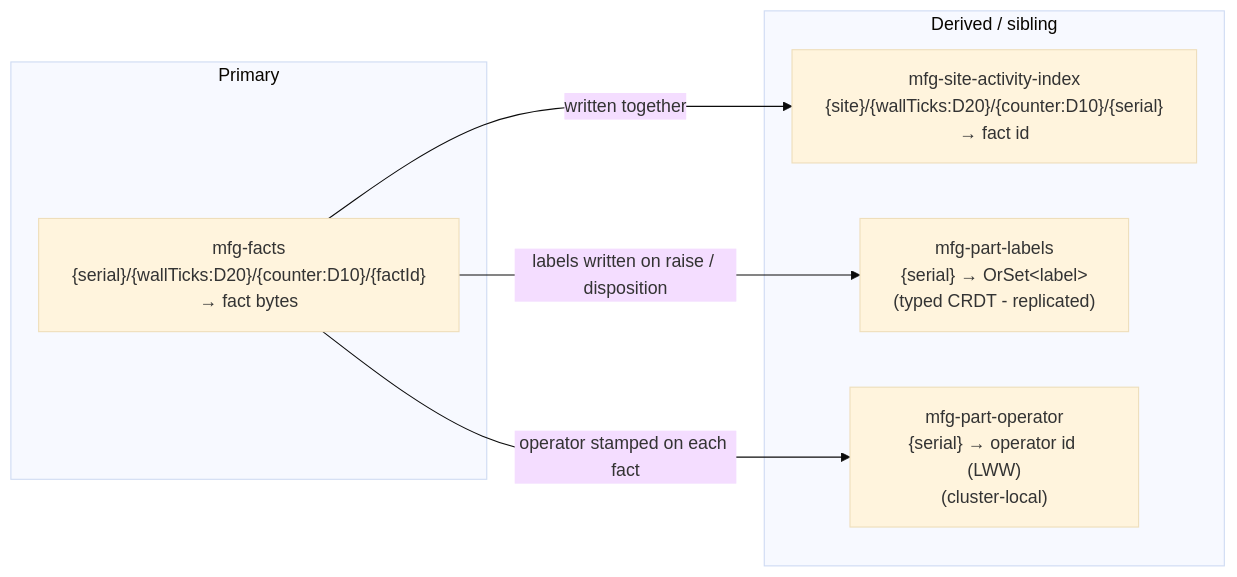
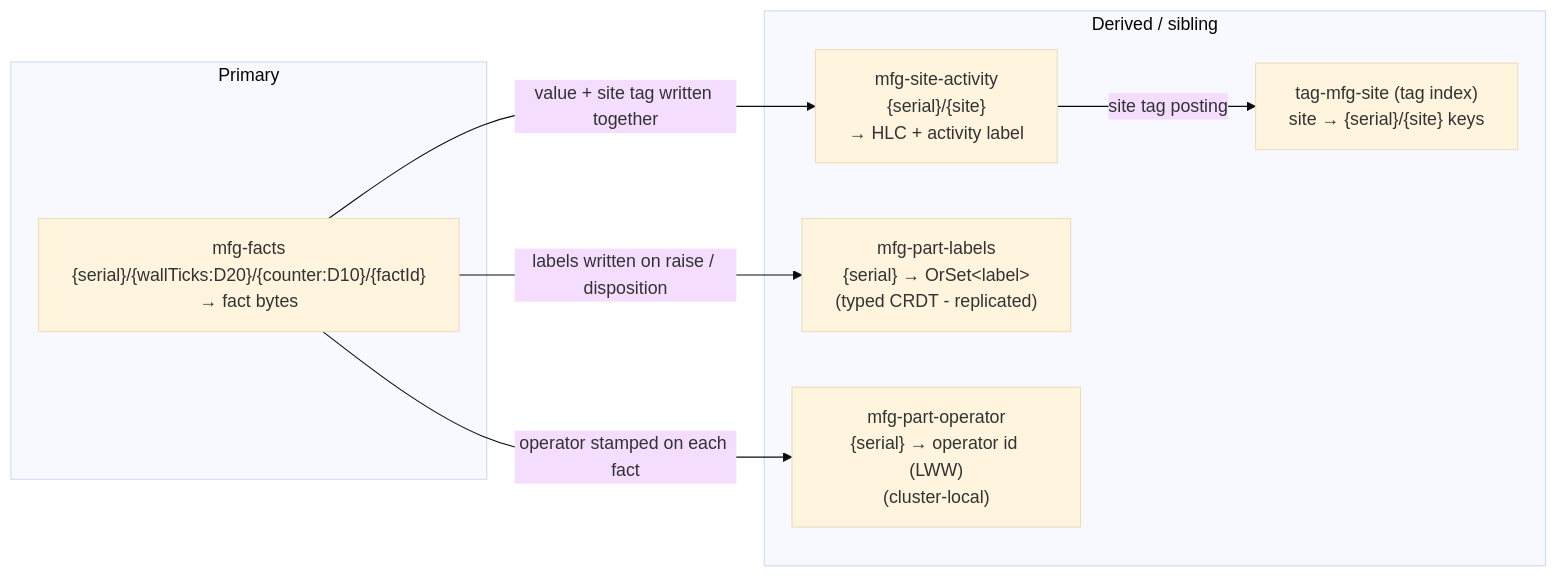
The fourth of 5 diagrams in samples/MultiSiteManufacturing/architecture.md (NSTA1/Orleans.Lattice), drawn with Mermaid (base theme) before and after one commit. The commit also changed other lines of this file and 10 other files, not shown here.

First line of the commit message:
Refactor MultiSiteManufacturing sample to use the tag index

````diff
--- a/samples/MultiSiteManufacturing/architecture.md
+++ b/samples/MultiSiteManufacturing/architecture.md
@@ -266,16 +266,18 @@
 ```mermaid
 flowchart LR
     subgraph primary["Primary"]
         facts["mfg-facts<br/>{serial}/{wallTicks:D20}/{counter:D10}/{factId}<br/>→ fact bytes"]
     end
 
     subgraph derived["Derived / sibling"]
-        siteIdx["mfg-site-activity-index<br/>{site}/{wallTicks:D20}/{counter:D10}/{serial}<br/>→ fact id"]
+        siteIdx["mfg-site-activity<br/>{serial}/{site}<br/>→ HLC + activity label"]
+        siteTag["tag-mfg-site (tag index)<br/>site → {serial}/{site} keys"]
         labels["mfg-part-labels<br/>{serial} → OrSet&lt;label&gt;<br/>(typed CRDT - replicated)"]
         opReg["mfg-part-operator<br/>{serial} → operator id (LWW)<br/>(cluster-local)"]
     end
 
-    facts -->|"written together"| siteIdx
+    facts -->|"value + site tag written together"| siteIdx
+    siteIdx -->|"site tag posting"| siteTag
     facts -->|"labels written on raise / disposition"| labels
     facts -->|"operator stamped on each fact"| opReg
 ```
````
